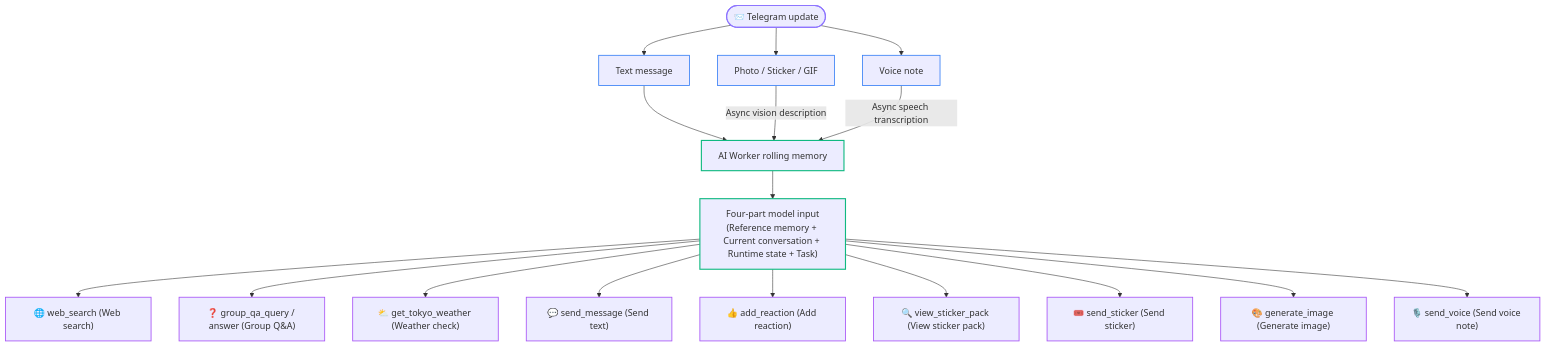
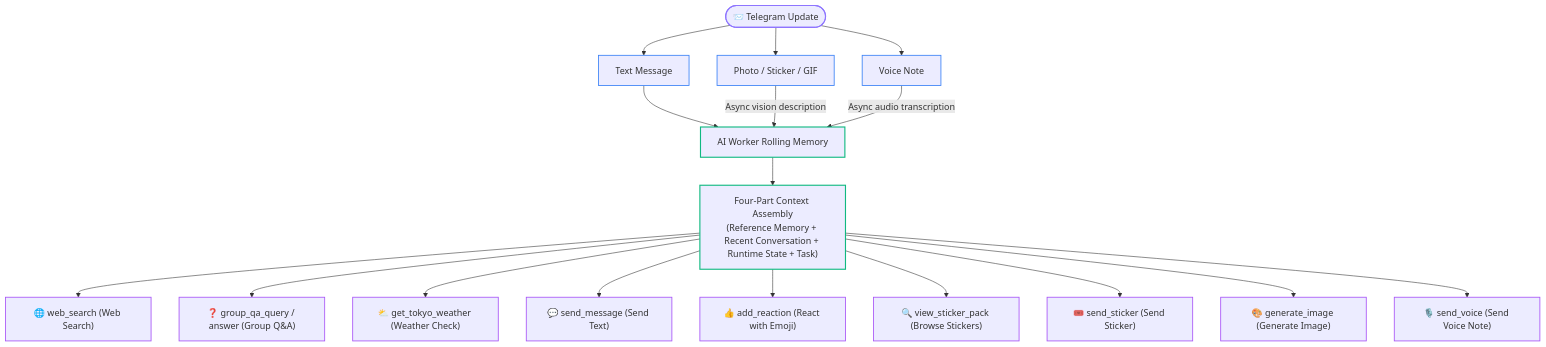
One commit to Asashishi/copy_ninjia changed the second of 2 diagrams in docs/en/02-architecture.md. Above: the diagram before and after it, drawn with Mermaid. The commit also changed other lines of this file and 1078 other files, not shown here.

````diff
--- a/docs/en/02-architecture.md
+++ b/docs/en/02-architecture.md
@@ -117,27 +124,27 @@
 ```mermaid
 flowchart TD
     classDef input stroke:#8e75ff,stroke-width:2px;
     classDef process stroke:#3b82f6,stroke-width:1.5px;
     classDef ai stroke:#10b981,stroke-width:2px;
     classDef action stroke:#a855f7,stroke-width:1.5px;
 
-    U(["📨 Telegram update"]):::input --> TXT["Text message"]:::process
+    U(["📨 Telegram Update"]):::input --> TXT["Text Message"]:::process
     U --> MED["Photo / Sticker / GIF"]:::process
-    U --> VOC["Voice note"]:::process
+    U --> VOC["Voice Note"]:::process
 
-    TXT --> MEM["AI Worker rolling memory"]:::ai
+    TXT --> MEM["AI Worker Rolling Memory"]:::ai
     MED -- Async vision description --> MEM
-    VOC -- Async speech transcription --> MEM
+    VOC -- Async audio transcription --> MEM
 
-    MEM --> G["Four-part model input<br/>(Reference memory + Current conversation + Runtime state + Task)"]:::ai
+    MEM --> G["Four-Part Context Assembly<br/>(Reference Memory + Recent Conversation + Runtime State + Task)"]:::ai
 
-    G --> T1["🌐 web_search (Web search)"]:::action
+    G --> T1["🌐 web_search (Web Search)"]:::action
     G --> T2["❓ group_qa_query / answer (Group Q&A)"]:::action
-    G --> T3["⛅ get_tokyo_weather (Weather check)"]:::action
-    G --> A1["💬 send_message (Send text)"]:::action
-    G --> A2["👍 add_reaction (Add reaction)"]:::action
-    G --> A3["🔍 view_sticker_pack (View sticker pack)"]:::action
-    G --> A4["🎟️ send_sticker (Send sticker)"]:::action
-    G --> A5["🎨 generate_image (Generate image)"]:::action
-    G --> A6["🎙️ send_voice (Send voice note)"]:::action
+    G --> T3["⛅ get_tokyo_weather (Weather Check)"]:::action
+    G --> A1["💬 send_message (Send Text)"]:::action
+    G --> A2["👍 add_reaction (React with Emoji)"]:::action
+    G --> A3["🔍 view_sticker_pack (Browse Stickers)"]:::action
+    G --> A4["🎟️ send_sticker (Send Sticker)"]:::action
+    G --> A5["🎨 generate_image (Generate Image)"]:::action
+    G --> A6["🎙️ send_voice (Send Voice Note)"]:::action
 ```
````
